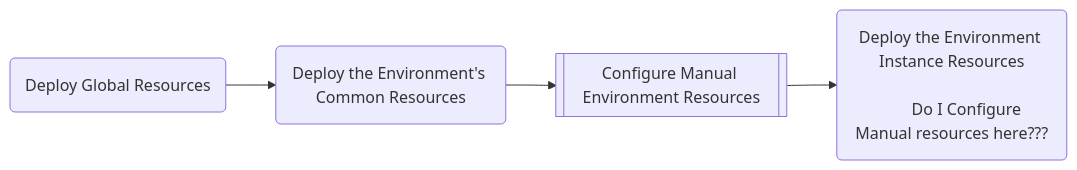
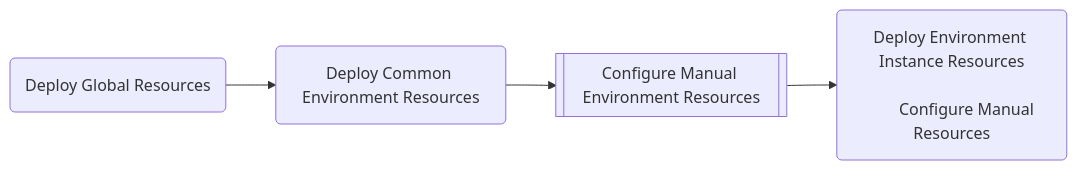
One commit to Miruken-Go/demo.microservice changed the first of 2 diagrams in deployment/design/environmentFlow.md. Above: the diagram before and after it, drawn with Mermaid.

````diff
--- a/deployment/design/environmentFlow.md
+++ b/deployment/design/environmentFlow.md
@@ -3,17 +3,17 @@
 ```mermaid
 
 flowchart LR
     A(Deploy Global Resources)
     
-    B(Deploy the Environment's Common Resources)
+    B(Deploy Common Environment Resources)
 
     C[[Configure Manual Environment Resources]]
 
     D(
-        Deploy the Environment Instance Resources
+        Deploy Environment Instance Resources
     
-        Do I Configure Manual resources here???
+        Configure Manual Resources
     )
 
     A --> B --> C --> D
 ```
````
